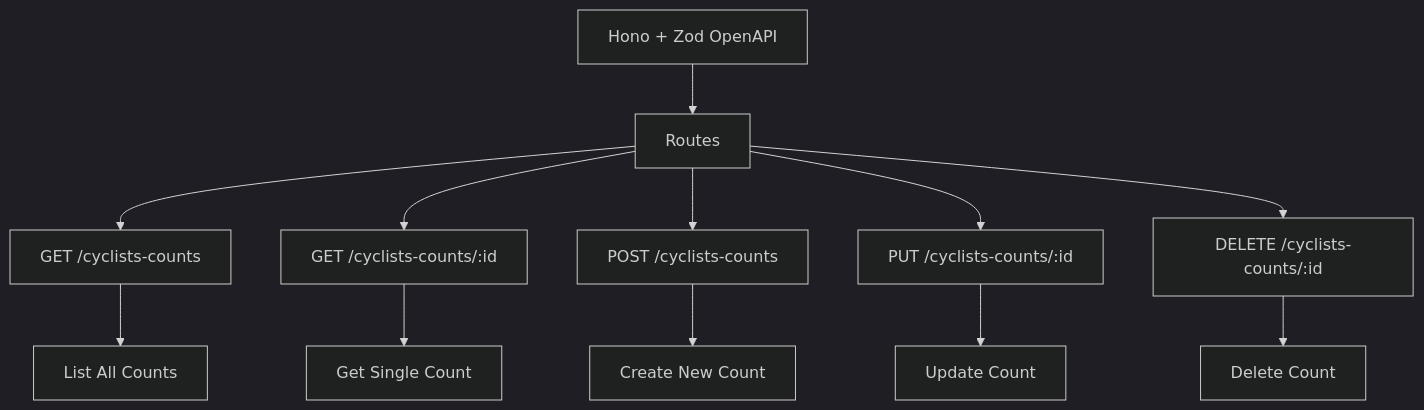
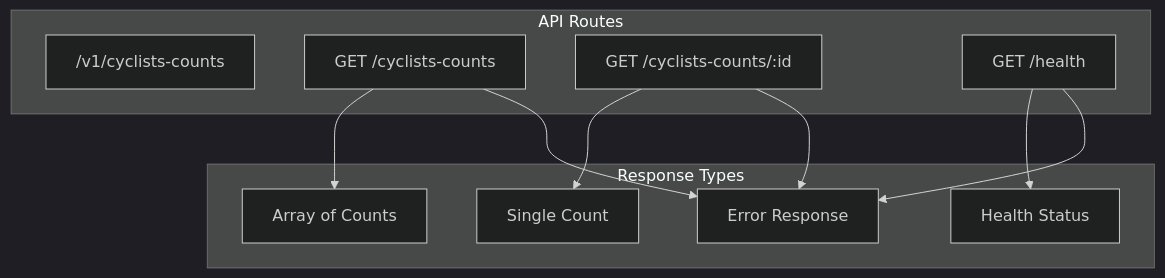
The fourth of 9 diagrams in apps/cyclists-count/cyclists-count-architecture.md (Ameciclo/atlas), drawn with Mermaid (dark theme) before and after one commit. The commit also changed other lines of this file and 2 other files, not shown here.

````diff
--- a/apps/cyclists-count/cyclists-count-architecture.md
+++ b/apps/cyclists-count/cyclists-count-architecture.md
@@ -33,15 +76,23 @@
 ```mermaid
 graph TD
-    A[Hono + Zod OpenAPI] --> B[Routes]
-    B --> C[GET /cyclists-counts]
-    B --> D[GET /cyclists-counts/:id]
-    B --> E[POST /cyclists-counts]
-    B --> F[PUT /cyclists-counts/:id]
-    B --> G[DELETE /cyclists-counts/:id]
-    
-    C --> H[List All Counts]
-    D --> I[Get Single Count]
-    E --> J[Create New Count]
-    F --> K[Update Count]
-    G --> L[Delete Count]
+    subgraph "API Routes"
+        ROOT["/v1/cyclists-counts"]
+        LIST[GET /cyclists-counts]
+        DETAIL[GET /cyclists-counts/:id]
+        HEALTH[GET /health]
+    end
+
+    subgraph "Response Types"
+        ARRAY[Array of Counts]
+        SINGLE[Single Count]
+        STATUS[Health Status]
+        ERROR[Error Response]
+    end
+
+    LIST --> ARRAY
+    LIST --> ERROR
+    DETAIL --> SINGLE
+    DETAIL --> ERROR
+    HEALTH --> STATUS
+    HEALTH --> ERROR
 ```
````
